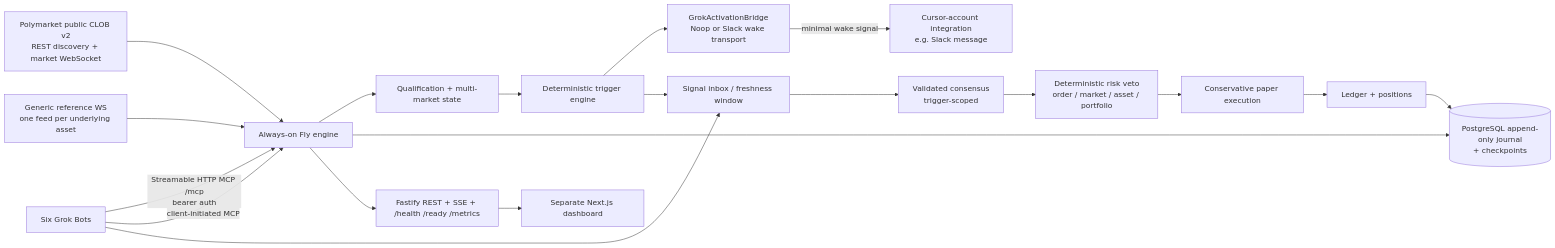
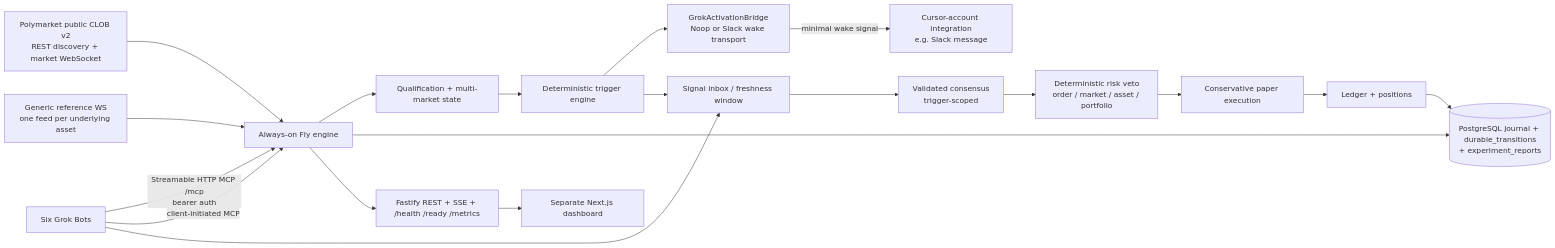
The first of 4 diagrams in README.md (mstfgncr23-eng/Polymarket-Engine), drawn with Mermaid before and after one commit. The commit also changed other lines of this file and 44 other files, not shown here.

````diff
--- a/README.md
+++ b/README.md
@@ -11,21 +11,21 @@
 ```mermaid
 flowchart LR
   GB[Six Grok Bots] -->|Streamable HTTP MCP /mcp\nbearer auth| E[Always-on Fly engine]
   PM[Polymarket public CLOB v2\nREST discovery + market WebSocket] --> E
   REF[Generic reference WS\none feed per underlying asset] --> E
   E --> Q[Qualification + multi-market state]
   Q --> T[Deterministic trigger engine]
   T --> AB[GrokActivationBridge\nNoop or Slack wake transport]
   AB -->|minimal wake signal| INT[Cursor-account integration\ne.g. Slack message]
   GB -->|client-initiated MCP| E
   T --> IN[Signal inbox / freshness window]
   GB --> IN
   IN --> C[Validated consensus\ntrigger-scoped]
   C --> R[Deterministic risk veto\norder / market / asset / portfolio]
   R --> X[Conservative paper execution]
   X --> L[Ledger + positions]
-  E --> J[(PostgreSQL append-only journal\n+ checkpoints)]
+  E --> J[(PostgreSQL journal + durable_transitions\n+ experiment_reports)]
   L --> J
   E --> API[Fastify REST + SSE + /health /ready /metrics]
   API --> D[Separate Next.js dashboard]
 ```
````
